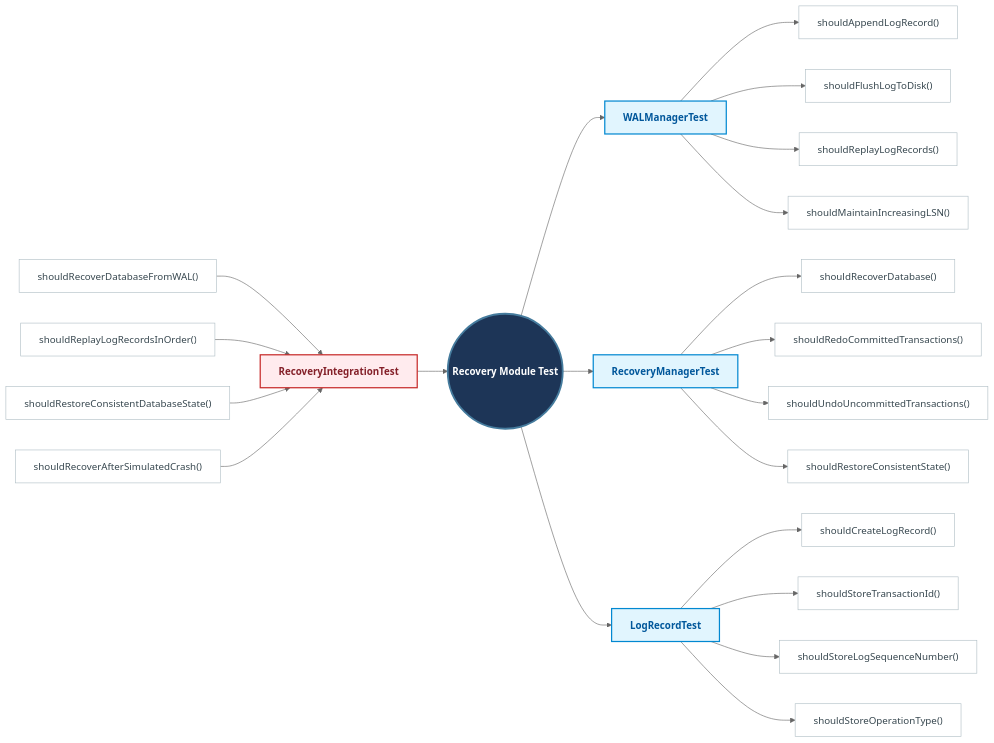
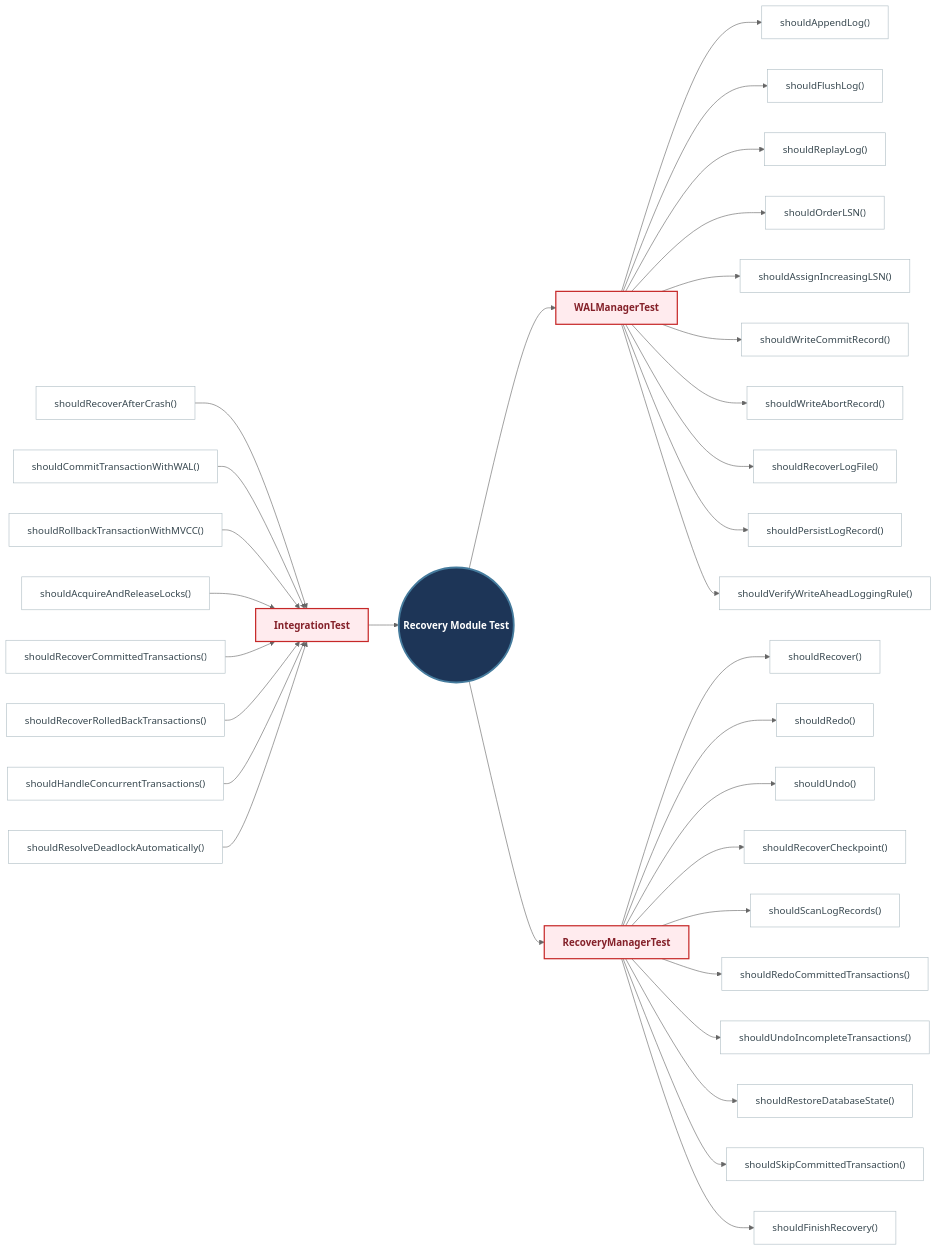
Diagram 18 of 20 in docs/README.md (Huy1801214/dbms-architecture), drawn with Mermaid (neutral theme) before and after one commit. The commit also changed other lines of this file and 10 other files, not shown here.

Commit message:
add comprehensive sequence diagrams and documentation for system architecture and unit testing specifications

````diff
--- a/docs/README.md
+++ b/docs/README.md
@@ -1847,87 +2236,91 @@
     %% =====================================================
     %% Root
     %% =====================================================
-
     ROOT((Recovery Module Test)):::rootStyle
 
     %% =====================================================
     %% Integration Tests
     %% =====================================================
+    INT_TEST["IntegrationTest"]:::branchTx
 
-    RECINT["RecoveryIntegrationTest"]:::branchTx
-
-    it1["shouldRecoverDatabaseFromWAL()"]:::leafStyle
-    it2["shouldReplayLogRecordsInOrder()"]:::leafStyle
-    it3["shouldRestoreConsistentDatabaseState()"]:::leafStyle
-    it4["shouldRecoverAfterSimulatedCrash()"]:::leafStyle
-
-    it1 --> RECINT
-    it2 --> RECINT
-    it3 --> RECINT
-    it4 --> RECINT
-
-    RECINT --> ROOT
+    it1["shouldRecoverAfterCrash()"]:::leafStyle
+    it1 --> INT_TEST
+    it2["shouldCommitTransactionWithWAL()"]:::leafStyle
+    it2 --> INT_TEST
+    it3["shouldRollbackTransactionWithMVCC()"]:::leafStyle
+    it3 --> INT_TEST
+    it4["shouldAcquireAndReleaseLocks()"]:::leafStyle
+    it4 --> INT_TEST
+    it5["shouldRecoverCommittedTransactions()"]:::leafStyle
+    it5 --> INT_TEST
+    it6["shouldRecoverRolledBackTransactions()"]:::leafStyle
+    it6 --> INT_TEST
+    it7["shouldHandleConcurrentTransactions()"]:::leafStyle
+    it7 --> INT_TEST
+    it8["shouldResolveDeadlockAutomatically()"]:::leafStyle
+    it8 --> INT_TEST
+    INT_TEST --> ROOT
 
     %% =====================================================
     %% Unit Tests
     %% =====================================================
+    WALMANAGERTEST["WALManagerTest"]:::branchTx
+    ROOT --> WALMANAGERTEST
+    RECOVERYMANAGERTEST["RecoveryManagerTest"]:::branchTx
+    ROOT --> RECOVERYMANAGERTEST
 
-    WAL["WALManagerTest"]:::branchAdmin
-    RECOVERY["RecoveryManagerTest"]:::branchAdmin
-    LOG["LogRecordTest"]:::branchAdmin
+    %% WALManagerTest methods
+    walmanagertest_1["shouldAppendLog()"]:::leafStyle
+    WALMANAGERTEST --> walmanagertest_1
+    walmanagertest_2["shouldFlushLog()"]:::leafStyle
+    WALMANAGERTEST --> walmanagertest_2
+    walmanagertest_3["shouldReplayLog()"]:::leafStyle
+    WALMANAGERTEST --> walmanagertest_3
+    walmanagertest_4["shouldOrderLSN()"]:::leafStyle
+    WALMANAGERTEST --> walmanagertest_4
+    walmanagertest_5["shouldAssignIncreasingLSN()"]:::leafStyle
+    WALMANAGERTEST --> walmanagertest_5
+    walmanagertest_6["shouldWriteCommitRecord()"]:::leafStyle
+    WALMANAGERTEST --> walmanagertest_6
+    walmanagertest_7["shouldWriteAbortRecord()"]:::leafStyle
+    WALMANAGERTEST --> walmanagertest_7
+    walmanagertest_8["shouldRecoverLogFile()"]:::leafStyle
+    WALMANAGERTEST --> walmanagertest_8
+    walmanagertest_9["shouldPersistLogRecord()"]:::leafStyle
+    WALMANAGERTEST --> walmanagertest_9
+    walmanagertest_10["shouldVerifyWriteAheadLoggingRule()"]:::leafStyle
+    WALMANAGERTEST --> walmanagertest_10
 
-    ROOT --> WAL
-    ROOT --> RECOVERY
-    ROOT --> LOG
+    %% RecoveryManagerTest methods
+    recoverymanagertest_1["shouldRecover()"]:::leafStyle
+    RECOVERYMANAGERTEST --> recoverymanagertest_1
+    recoverymanagertest_2["shouldRedo()"]:::leafStyle
+    RECOVERYMANAGERTEST --> recoverymanagertest_2
+    recoverymanagertest_3["shouldUndo()"]:::leafStyle
+    RECOVERYMANAGERTEST --> recoverymanagertest_3
+    recoverymanagertest_4["shouldRecoverCheckpoint()"]:::leafStyle
+    RECOVERYMANAGERTEST --> recoverymanagertest_4
+    recoverymanagertest_5["shouldScanLogRecords()"]:::leafStyle
+    RECOVERYMANAGERTEST --> recoverymanagertest_5
+    recoverymanagertest_6["shouldRedoCommittedTransactions()"]:::leafStyle
+    RECOVERYMANAGERTEST --> recoverymanagertest_6
+    recoverymanagertest_7["shouldUndoIncompleteTransactions()"]:::leafStyle
+    RECOVERYMANAGERTEST --> recoverymanagertest_7
+    recoverymanagertest_8["shouldRestoreDatabaseState()"]:::leafStyle
+    RECOVERYMANAGERTEST --> recoverymanagertest_8
+    recoverymanagertest_9["shouldSkipCommittedTransaction()"]:::leafStyle
+    RECOVERYMANAGERTEST --> recoverymanagertest_9
+    recoverymanagertest_10["shouldFinishRecovery()"]:::leafStyle
+    RECOVERYMANAGERTEST --> recoverymanagertest_10
 
     %% =====================================================
-    %% WALManagerTest
+    %% Styling
     %% =====================================================
-
-    wal1["shouldAppendLogRecord()"]:::leafStyle
-    wal2["shouldFlushLogToDisk()"]:::leafStyle
-    wal3["shouldReplayLogRecords()"]:::leafStyle
-    wal4["shouldMaintainIncreasingLSN()"]:::leafStyle
-
-    WAL --> wal1
-    WAL --> wal2
-    WAL --> wal3
-    WAL --> wal4
-
-    %% =====================================================
-    %% RecoveryManagerTest
-    %% =====================================================
-
-    rm1["shouldRecoverDatabase()"]:::leafStyle
-    rm2["shouldRedoCommittedTransactions()"]:::leafStyle
-    rm3["shouldUndoUncommittedTransactions()"]:::leafStyle
-    rm4["shouldRestoreConsistentState()"]:::leafStyle
-
-    RECOVERY --> rm1
-    RECOVERY --> rm2
-    RECOVERY --> rm3
-    RECOVERY --> rm4
-
-    %% =====================================================
-    %% LogRecordTest
-    %% =====================================================
-
-    lr1["shouldCreateLogRecord()"]:::leafStyle
-    lr2["shouldStoreTransactionId()"]:::leafStyle
-    lr3["shouldStoreLogSequenceNumber()"]:::leafStyle
-    lr4["shouldStoreOperationType()"]:::leafStyle
-
-    LOG --> lr1
-    LOG --> lr2
-    LOG --> lr3
-    LOG --> lr4
-
-    %% =====================================================
-    %% Styles
-    %% =====================================================
-
     classDef rootStyle fill:#1d3557,stroke:#457b9d,stroke-width:3px,color:#fff,font-weight:bold,font-size:16px;
     classDef branchAdmin fill:#e1f5fe,stroke:#0288d1,stroke-width:2px,color:#01579b,font-weight:bold;
+    classDef branchCatalog fill:#e8f5e9,stroke:#388e3c,stroke-width:2px,color:#1b5e20,font-weight:bold;
+    classDef branchStorage fill:#e0f2f1,stroke:#00695c,stroke-width:2px,color:#004d40,font-weight:bold;
+    classDef branchQuery fill:#fff3e0,stroke:#f57c00,stroke-width:2px,color:#e65100,font-weight:bold;
     classDef branchTx fill:#ffebee,stroke:#c62828,stroke-width:2px,color:#842029,font-weight:bold;
     classDef leafStyle fill:#ffffff,stroke:#b0bec5,stroke-width:1px,color:#37474f;
 ```
````
